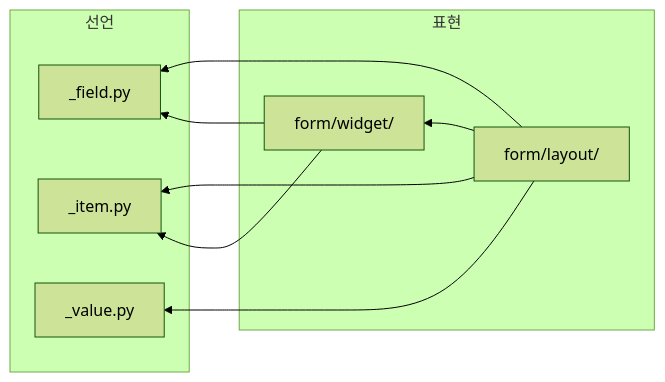
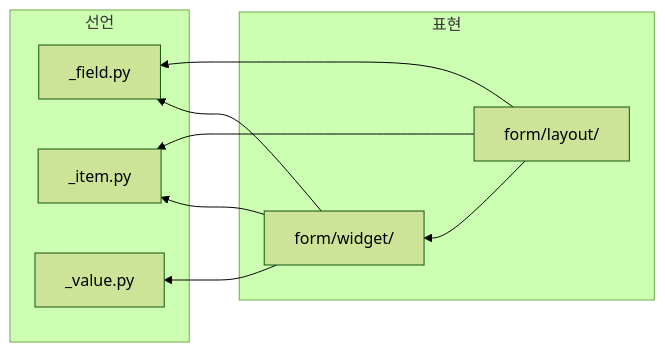
One commit to SEOULTECH-AIS-gyounghun6612/CORE changed the diagram in ui_toolbox/ui_toolbox/field/README.md. Above: the diagram before and after it, drawn with Mermaid (forest theme). The commit also changed other lines of this file and 48 other files, not shown here.

````diff
--- a/ui_toolbox/ui_toolbox/field/README.md
+++ b/ui_toolbox/ui_toolbox/field/README.md
@@ -7,18 +7,18 @@
 ```mermaid
 graph RL
     subgraph 표현
         LAY[form/layout/]
         WID[form/widget/]
     end
     subgraph 선언
         FLD[_field.py]
         ITM[_item.py]
         VAL[_value.py]
     end
     LAY --> WID
     LAY --> FLD
     LAY --> ITM
-    LAY --> VAL
     WID --> FLD
     WID --> ITM
+    WID --> VAL
 ```
````
